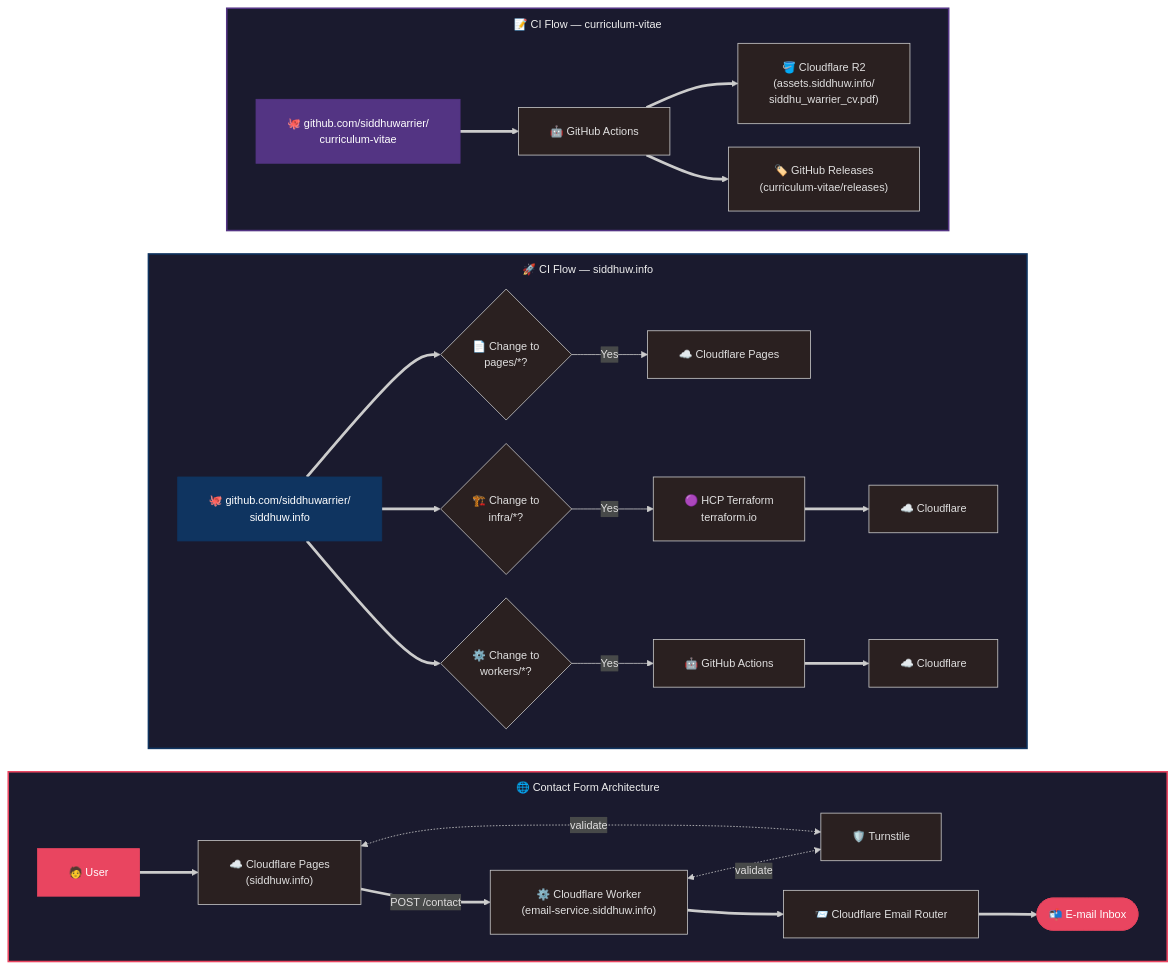
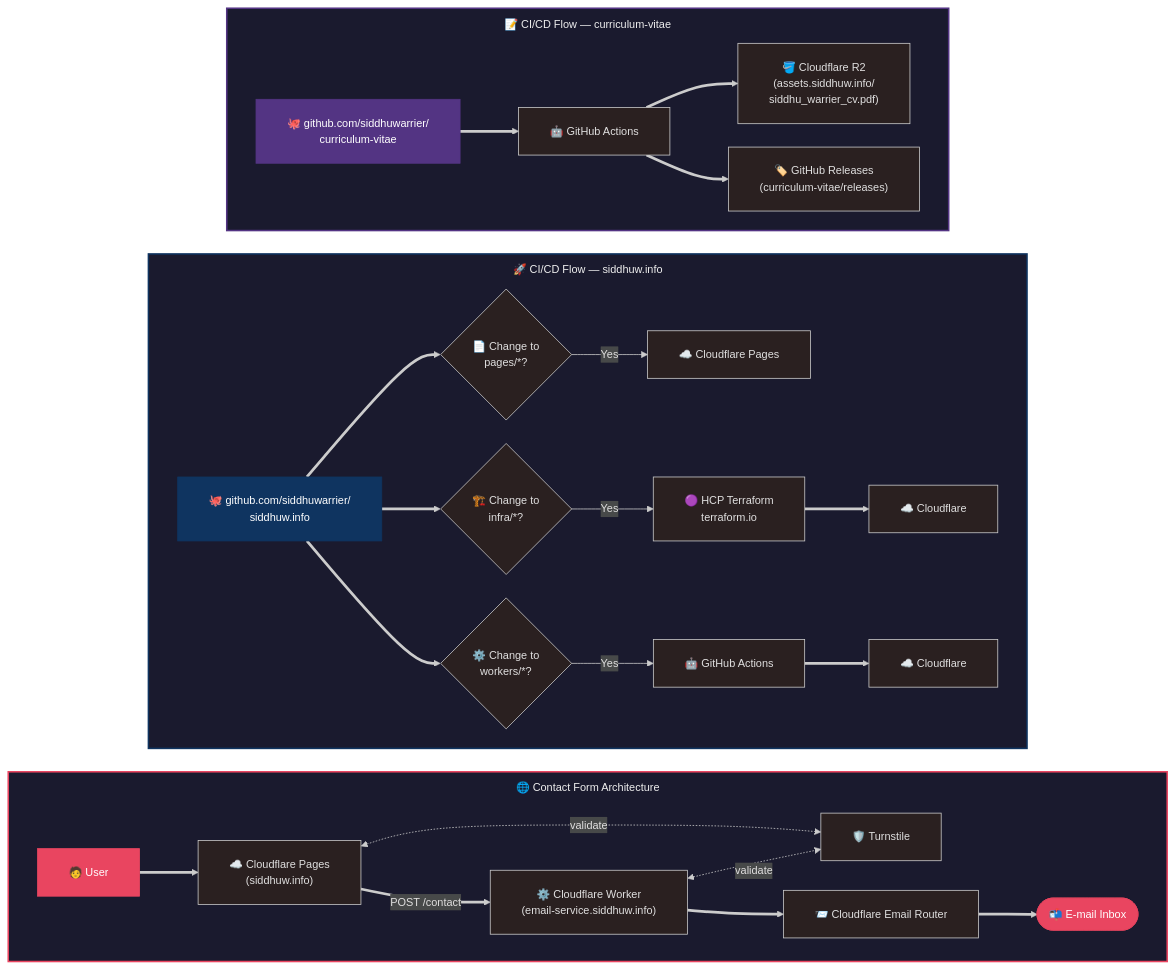
Before and after one commit to siddhuwarrier/siddhuw.info: the diagram in pages/src/assets/architecture.mmd, drawn with Mermaid.

Commit message:
fix(mermaid): rename CI to CI/CD to reflect reality

```diff
--- a/pages/src/assets/architecture.mmd
+++ b/pages/src/assets/architecture.mmd
@@ -1,81 +1,81 @@
 ---
 config:
   theme: neo-dark
   flowchart:
     padding: 20
     subGraphTitleMargin:
       top: 10
       bottom: 10
     nodeSpacing: 30
     rankSpacing: 50
 ---
 flowchart LR
  subgraph contactForm["🌐 Contact Form Architecture"]
     direction LR
         user1["🧑 User"]
         cf1["☁️ Cloudflare Pages<br>(siddhuw.info)"]
         worker1["⚙️ Cloudflare Worker<br>(email-service.siddhuw.info)"]
         turnstile["🛡️ Turnstile"]
         emailRouting["📨 Cloudflare Email Router"]
         inbox(["📬 E-mail Inbox"])
   end
     user1 ==> cf1
     cf1 <-.->|validate| turnstile
     cf1 ==>|POST /contact| worker1
     worker1 <-.->|validate| turnstile
     worker1 ==> emailRouting
     emailRouting ==> inbox
 
- subgraph ciFlow["🚀 CI Flow — siddhuw.info"]
+ subgraph ciFlow["🚀 CI/CD Flow — siddhuw.info"]
     direction LR
         repo1["🐙 github.com/siddhuwarrier/<br>siddhuw.info"]
         pagesChange{"📄 Change to<br>pages/*?"}
         infraChange{"🏗️ Change to<br>infra/*?"}
         workersChange{"⚙️ Change to<br>workers/*?"}
         cfPages["☁️ Cloudflare Pages"]
         hcpTerraform["🟣 HCP Terraform<br>terraform.io"]
         cfInfra["☁️ Cloudflare"]
         ghActions1["🤖 GitHub Actions"]
         cfWorkers["☁️ Cloudflare"]
   end
     repo1 ==> pagesChange & infraChange & workersChange
     pagesChange -->|Yes| cfPages
     infraChange -->|Yes| hcpTerraform
     hcpTerraform ==> cfInfra
     workersChange -->|Yes| ghActions1
     ghActions1 ==> cfWorkers
 
- subgraph cvFlow["📝 CI Flow — curriculum-vitae"]
+ subgraph cvFlow["📝 CI/CD Flow — curriculum-vitae"]
     direction LR
         repo2["🐙 github.com/siddhuwarrier/<br>curriculum-vitae"]
         ghActions2["🤖 GitHub Actions"]
         cfR2["🪣 Cloudflare R2<br>(assets.siddhuw.info/<br>siddhu_warrier_cv.pdf)"]
         ghRelease["🏷️ GitHub Releases<br>(curriculum-vitae/releases)"]
   end
     repo2 ==> ghActions2
     ghActions2 ==> cfR2
     ghActions2 ==> ghRelease
 
     style contactForm fill:#1a1a2e,stroke:#e94560,stroke-width:2px,color:#eee
     style ciFlow fill:#1a1a2e,stroke:#0f3460,stroke-width:2px,color:#eee
     style cvFlow fill:#1a1a2e,stroke:#533483,stroke-width:2px,color:#eee
 
     style user1 fill:#e94560,stroke:#e94560,color:#fff
     style inbox fill:#e94560,stroke:#e94560,color:#fff
     style repo1 fill:#0f3460,stroke:#0f3460,color:#fff
     style repo2 fill:#533483,stroke:#533483,color:#fff
 
     click cf1 "https://siddhuw.info" _blank
     click worker1 "https://email-service.siddhuw.info" _blank
     click turnstile "https://developers.cloudflare.com/turnstile/" _blank
     click emailRouting "https://developers.cloudflare.com/email-routing/" _blank
     click repo1 "https://github.com/siddhuwarrier/siddhuw.info" _blank
     click cfPages "https://pages.cloudflare.com/" _blank
     click hcpTerraform "https://app.terraform.io" _blank
     click cfInfra "https://dash.cloudflare.com" _blank
     click ghActions1 "https://github.com/siddhuwarrier/siddhuw.info/actions" _blank
     click cfWorkers "https://developers.cloudflare.com/workers/" _blank
     click repo2 "https://github.com/siddhuwarrier/curriculum-vitae" _blank
     click ghActions2 "https://github.com/siddhuwarrier/curriculum-vitae/actions" _blank
     click cfR2 "https://assets.siddhuw.info/siddhu_warrier_cv.pdf" _blank
     click ghRelease "https://github.com/siddhuwarrier/curriculum-vitae/releases" _blank
```
